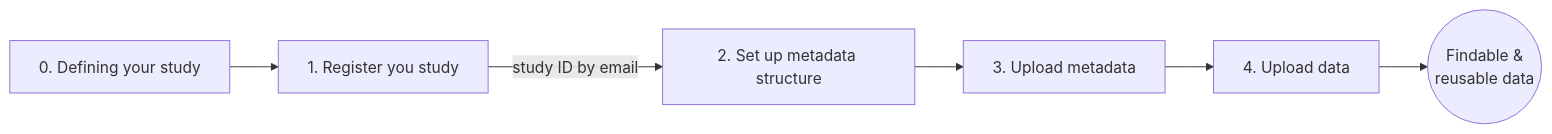
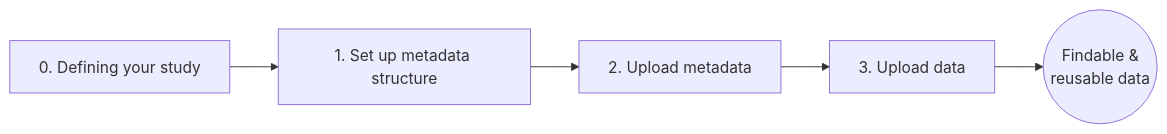
Before and after one commit to CropXR/documentation: the diagram in docs/getting-started/index.md, drawn with Mermaid. The commit also changed other lines of this file and 10 other files, not shown here.

````diff
--- a/docs/getting-started/index.md
+++ b/docs/getting-started/index.md
@@ -7,13 +7,11 @@
 ```mermaid
 flowchart LR
-    A["0. Defining your study"] --> B["1. Register you study"]
-    B -->|study ID by email| C["2. Set up metadata structure"]
-    C --> D["3. Upload metadata"]
-    D --> E["4. Upload data"]
+    A["0. Defining your study"] --> C["1. Set up metadata structure"]
+    C --> D["2. Upload metadata"]
+    D --> E["3. Upload data"]
     E --> F(("Findable &<br/>reusable data"))
 
-    click B "https://forms.cloud.microsoft/Pages/ResponsePage.aspx?id=TVJuCSlpMECM04q0LeCIe9rk7LtjOclKu9pKlmXMf-xUMzVUVFpYVkxZTE9VNTFXTVBMSU1EN1paTC4u" _blank
     click A "../concepts/defining-a-study/" _self
     click C "../resilience-hub/seek/" _self
     click E "../resilience-hub/cli-tool/" _self
 ```
````
